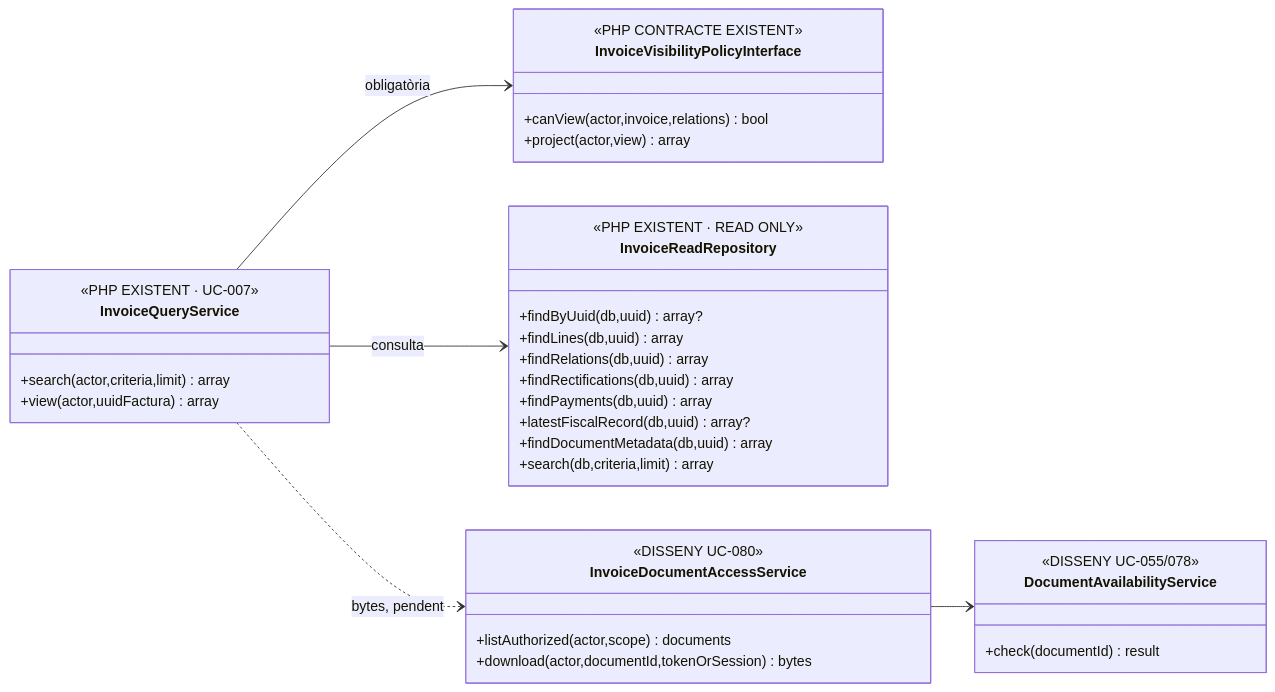
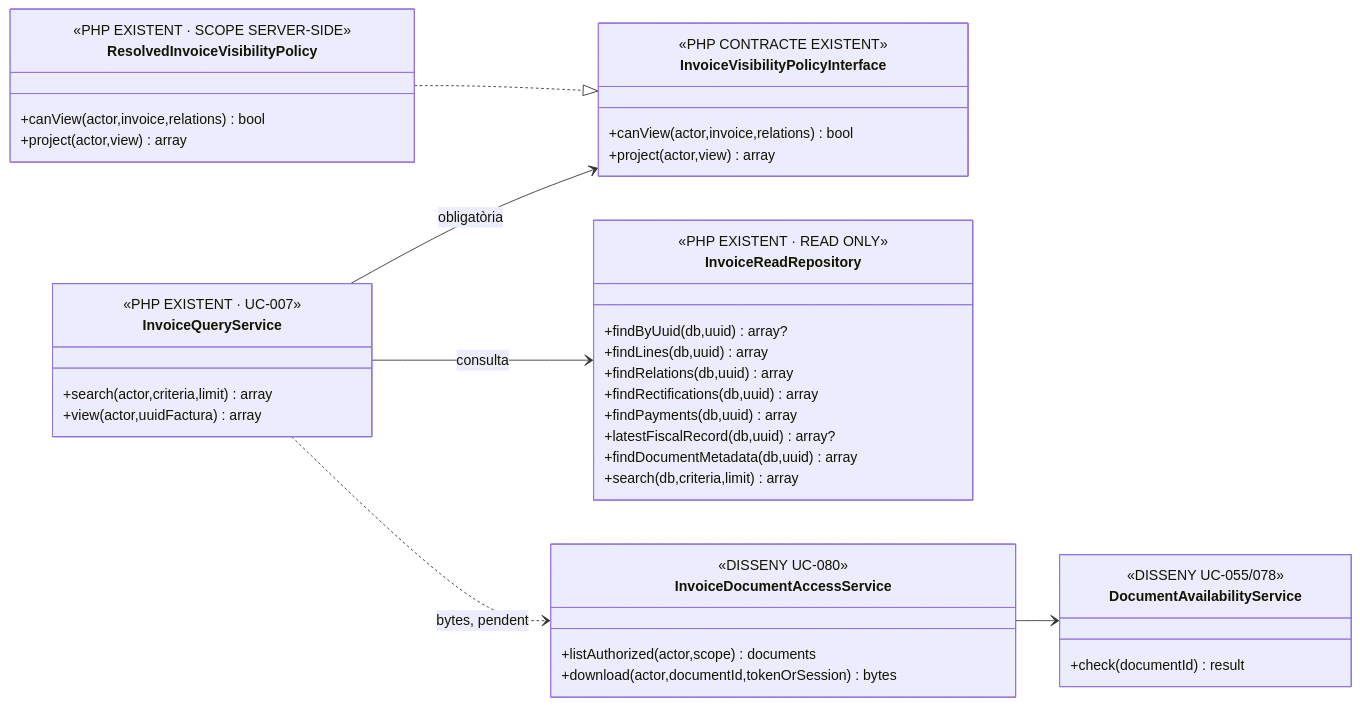
One commit to orgmeriemprismacat-del/verifactu changed the third of 4 diagrams in documentacio/07-uml-integrat/uc-007-consultar-factura-estat-document.md. Above: the diagram before and after it, drawn with Mermaid. The commit also changed other lines of this file, not shown here.

Commit message:
docs(uc-007): afegir política resolta i CLI al UML

````diff
--- a/documentacio/07-uml-integrat/uc-007-consultar-factura-estat-document.md
+++ b/documentacio/07-uml-integrat/uc-007-consultar-factura-estat-document.md
@@ -117,38 +117,44 @@
 ```mermaid
 classDiagram
 direction LR
 class InvoiceQueryService {
  <<PHP EXISTENT · UC-007>>
  +search(actor,criteria,limit) array
  +view(actor,uuidFactura) array
 }
 class InvoiceVisibilityPolicyInterface {
  <<PHP CONTRACTE EXISTENT>>
+ +canView(actor,invoice,relations) bool
+ +project(actor,view) array
+}
+class ResolvedInvoiceVisibilityPolicy {
+ <<PHP EXISTENT · SCOPE SERVER-SIDE>>
  +canView(actor,invoice,relations) bool
  +project(actor,view) array
 }
 class InvoiceReadRepository {
  <<PHP EXISTENT · READ ONLY>>
  +findByUuid(db,uuid) array?
  +findLines(db,uuid) array
  +findRelations(db,uuid) array
  +findRectifications(db,uuid) array
  +findPayments(db,uuid) array
  +latestFiscalRecord(db,uuid) array?
  +findDocumentMetadata(db,uuid) array
  +search(db,criteria,limit) array
 }
 class InvoiceDocumentAccessService {
  <<DISSENY UC-080>>
  +listAuthorized(actor,scope) documents
  +download(actor,documentId,tokenOrSession) bytes
 }
 class DocumentAvailabilityService {
  <<DISSENY UC-055/078>>
  +check(documentId) result
 }
 InvoiceQueryService --> InvoiceVisibilityPolicyInterface : obligatòria
+ResolvedInvoiceVisibilityPolicy ..|> InvoiceVisibilityPolicyInterface
 InvoiceQueryService --> InvoiceReadRepository : consulta
 InvoiceQueryService ..> InvoiceDocumentAccessService : bytes, pendent
 InvoiceDocumentAccessService --> DocumentAvailabilityService
 ```
````
